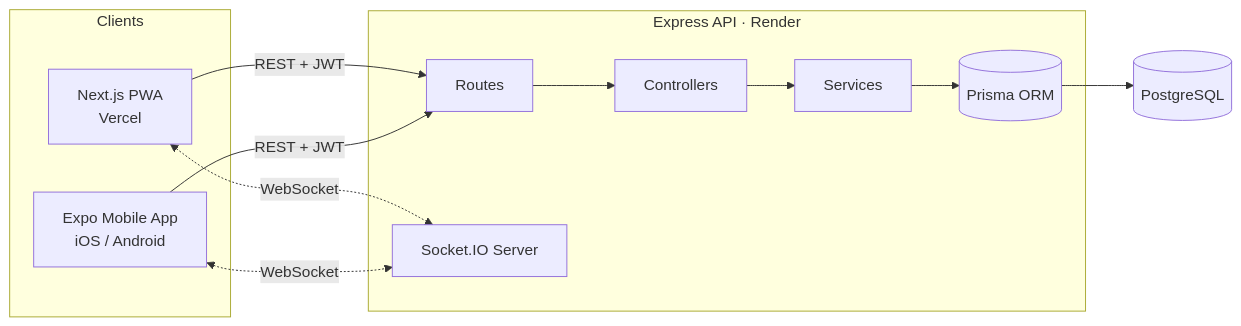
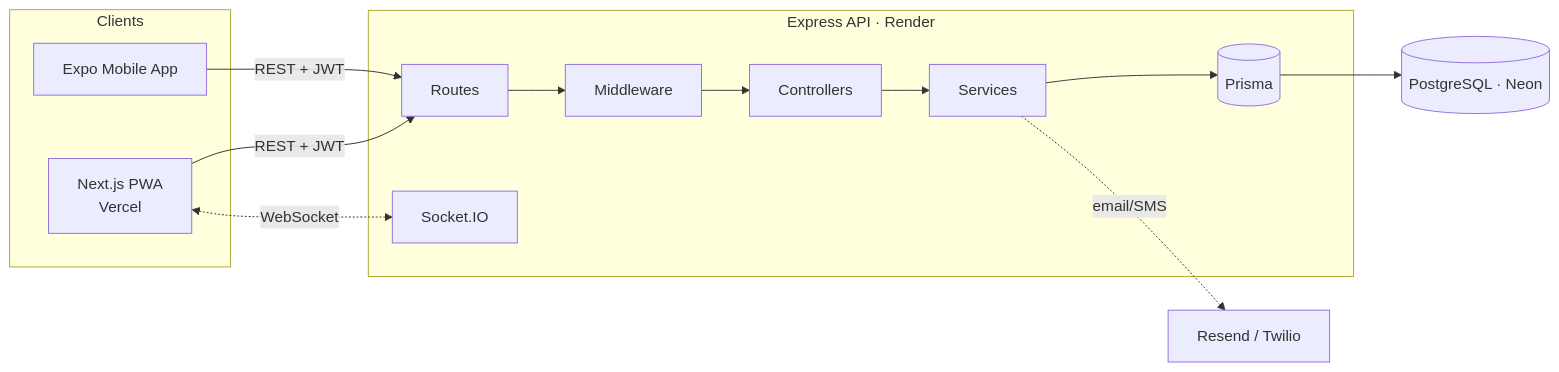
Before and after one commit to PerinbaBuilds/BloodBank-Finder: the diagram in README.md, drawn with Mermaid. The commit also changed other lines of this file and 11 other files, not shown here.

First line of the commit message:
Add MIT license, CI, Docker, env examples, README rewrite, architecture doc

````diff
--- a/README.md
+++ b/README.md
@@ -68,16 +69,16 @@
 ```mermaid
 flowchart LR
     subgraph Clients
         A[Next.js PWA<br/>Vercel]
-        B[Expo Mobile App<br/>iOS / Android]
+        B[Expo Mobile App]
     end
     subgraph API [Express API · Render]
-        C[Routes] --> D[Controllers] --> E[Services] --> F[(Prisma ORM)]
-        G[Socket.IO Server]
+        C[Routes] --> D[Middleware] --> E[Controllers] --> F[Services] --> G[(Prisma)]
+        H[Socket.IO]
     end
     A -- REST + JWT --> C
-    A <-.WebSocket.-> G
+    A <-.WebSocket.-> H
     B -- REST + JWT --> C
-    B <-.WebSocket.-> G
-    F --> H[(PostgreSQL)]
+    G --> I[(PostgreSQL · Neon)]
+    F -. email/SMS .-> J[Resend / Twilio]
 ```
````
